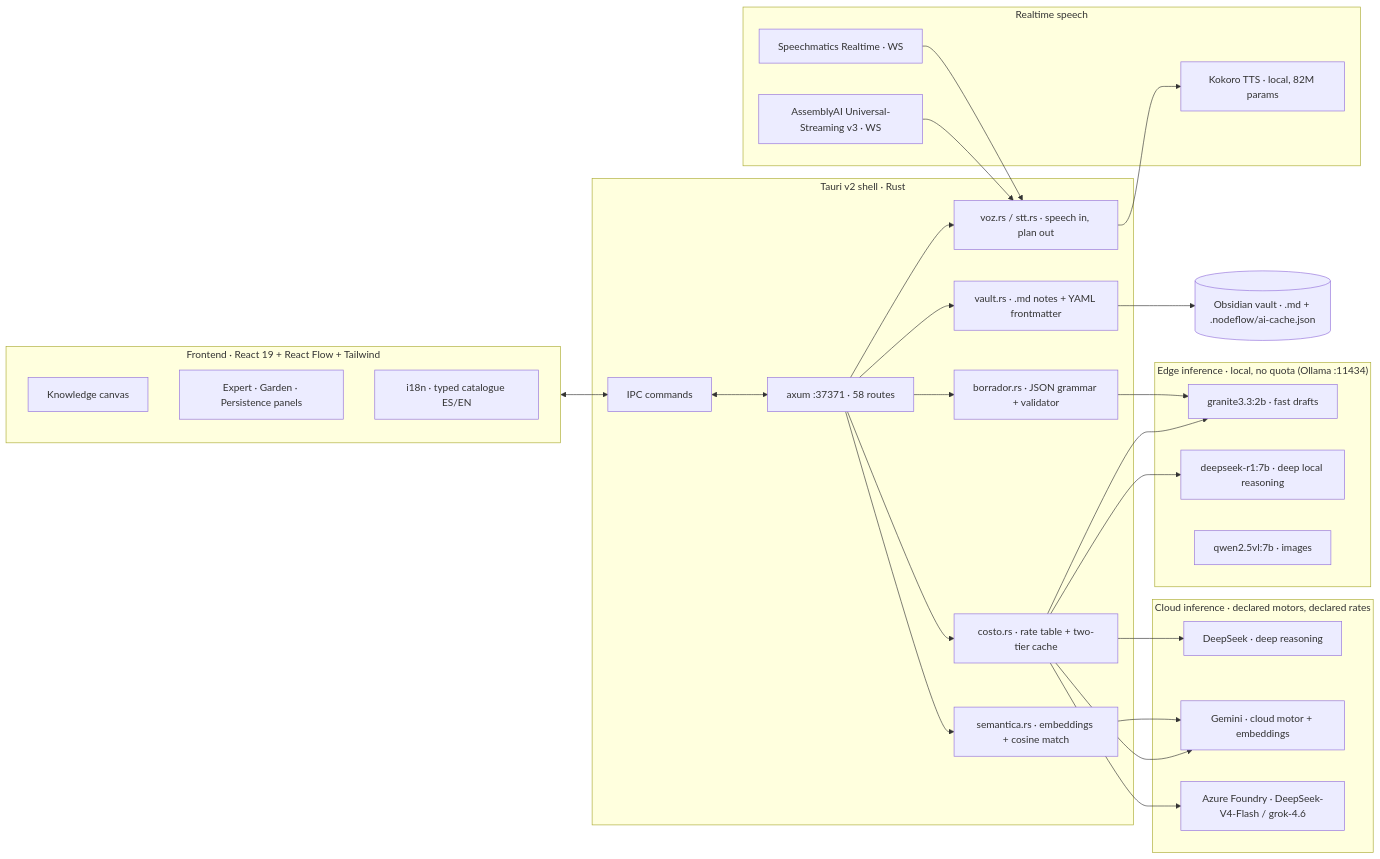
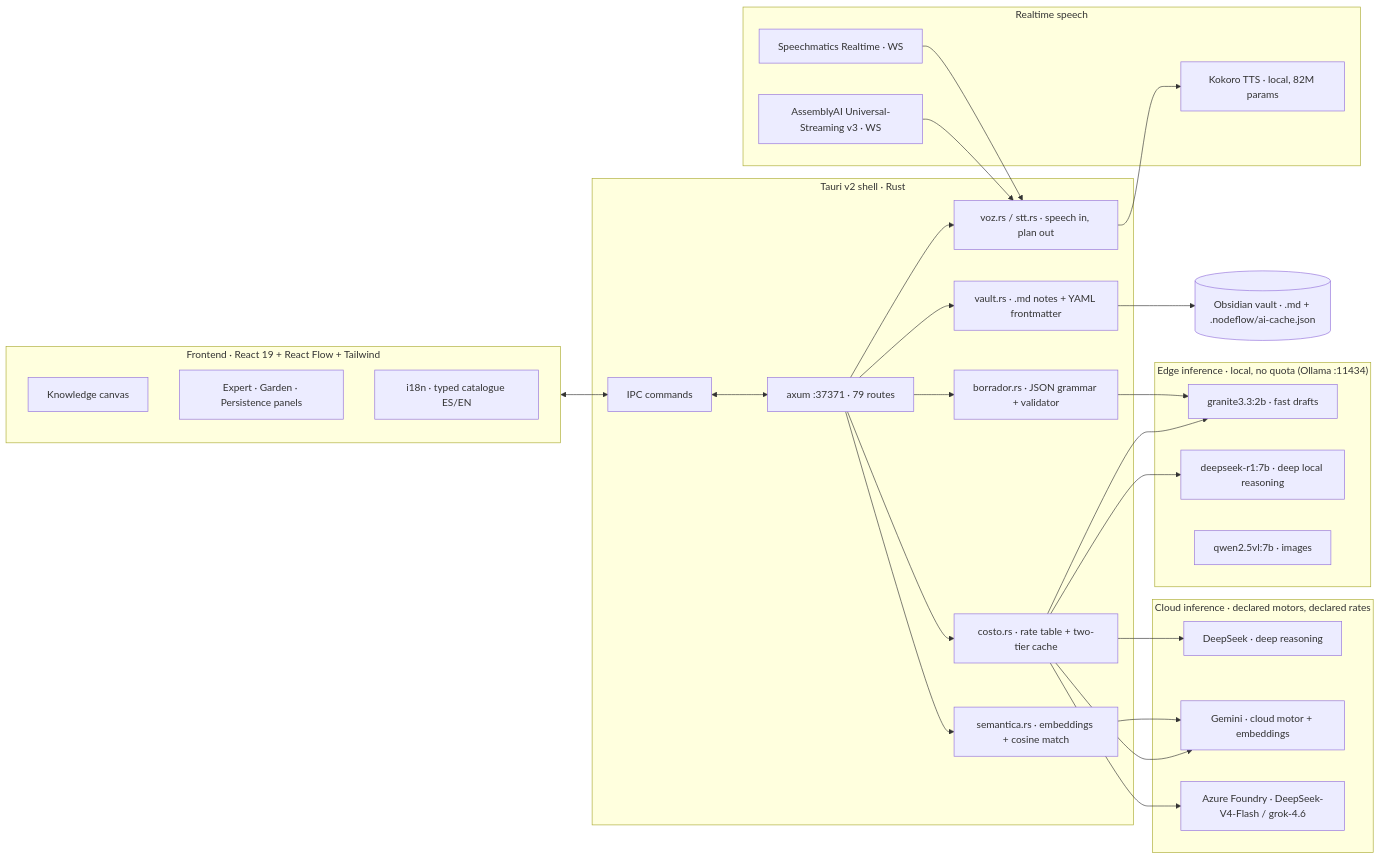
Before and after one commit to NeonEden/NodeFlow: the diagram in README.md, drawn with Mermaid. The commit also changed other lines of this file and 4 other files, not shown here.

````diff
--- a/README.md
+++ b/README.md
@@ -41,54 +41,54 @@
 ```mermaid
 flowchart LR
   subgraph UI["Frontend · React 19 + React Flow + Tailwind"]
     C[Knowledge canvas]
     P[Expert · Garden · Persistence panels]
     I["i18n · typed catalogue ES/EN"]
   end
 
   subgraph CORE["Tauri v2 shell · Rust"]
     IPC[IPC commands]
-    AX["axum :37371 · 58 routes"]
+    AX["axum :37371 · 79 routes"]
     COST["costo.rs · rate table + two-tier cache"]
     SEM["semantica.rs · embeddings + cosine match"]
     BOR["borrador.rs · JSON grammar + validator"]
     VAU["vault.rs · .md notes + YAML frontmatter"]
     VOZ["voz.rs / stt.rs · speech in, plan out"]
   end
 
   subgraph EDGE["Edge inference · local, no quota (Ollama :11434)"]
     GR["granite3.3:2b · fast drafts"]
     R1["deepseek-r1:7b · deep local reasoning"]
     VL["qwen2.5vl:7b · images"]
   end
 
   subgraph CLOUD["Cloud inference · declared motors, declared rates"]
     DS["DeepSeek · deep reasoning"]
     GE["Gemini · cloud motor + embeddings"]
     AF["Azure Foundry · DeepSeek-V4-Flash / grok-4.6"]
   end
 
   subgraph SPEECH["Realtime speech"]
     AAI["AssemblyAI Universal-Streaming v3 · WS"]
     SM["Speechmatics Realtime · WS"]
     TTS["Kokoro TTS · local, 82M params"]
   end
 
   VAULT[("Obsidian vault · .md + .nodeflow/ai-cache.json")]
 
   UI <--> IPC
   IPC <--> AX
   AX --> COST
   COST --> GR
   COST --> R1
   COST --> DS
   COST --> GE
   COST --> AF
   AX --> BOR --> GR
   AX --> SEM --> GE
   AX --> VAU --> VAULT
   AX --> VOZ
   AAI --> VOZ
   SM --> VOZ
   VOZ --> TTS
 ```
````
